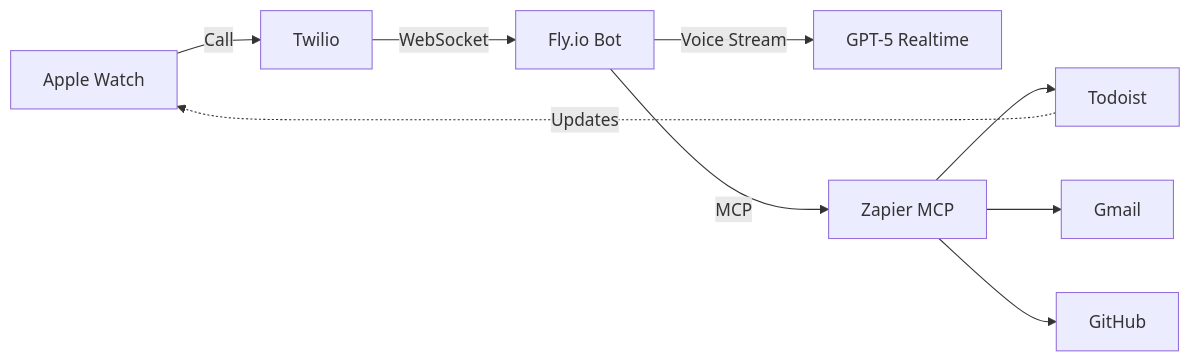
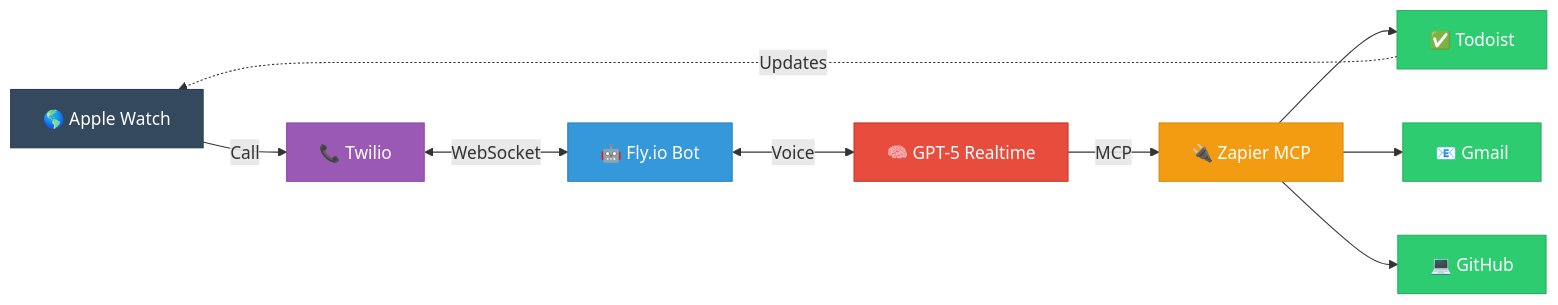
The diagram in content/post/voice-assistant-watch/index.md (oldsj/blog.jamesolds.me), drawn with Mermaid before and after one commit. The commit also changed 4 other files, not shown here.

First line of the commit message:
add voice assistant blog post with mermaid diagram support

````diff
--- a/content/post/voice-assistant-watch/index.md
+++ b/content/post/voice-assistant-watch/index.md
@@ -38,11 +38,27 @@
 ```mermaid
-graph LR
-    A[Apple Watch] -->|Call| B[Twilio]
-    B -->|WebSocket| C[Fly.io Bot]
-    C -->|Voice Stream| D[GPT-5 Realtime]
-    C -->|MCP| E[Zapier MCP]
-    E --> F[Todoist]
-    E --> G[Gmail]
-    E --> H[GitHub]
+flowchart LR
+    A[🌎 Apple Watch]
+    B[📞 Twilio]
+    C[🤖 Fly.io Bot]
+    D[🧠 GPT-5 Realtime]
+    E[🔌 Zapier MCP]
+    F[✅ Todoist]
+    G[📧 Gmail]
+    H[💻 GitHub]
+
+    A -->|Call| B
+    B <-->|WebSocket| C
+    C <-->|Voice| D
+    D -->|MCP| E
+    E --> F & G & H
     F -.->|Updates| A
+
+    style A fill:#34495e,stroke:#2c3e50,color:#fff
+    style B fill:#9b59b6,stroke:#8e44ad,color:#fff
+    style C fill:#3498db,stroke:#2980b9,color:#fff
+    style D fill:#e74c3c,stroke:#c0392b,color:#fff
+    style E fill:#f39c12,stroke:#d68910,color:#fff
+    style F fill:#2ecc71,stroke:#27ae60,color:#fff
+    style G fill:#2ecc71,stroke:#27ae60,color:#fff
+    style H fill:#2ecc71,stroke:#27ae60,color:#fff
 ```
````
